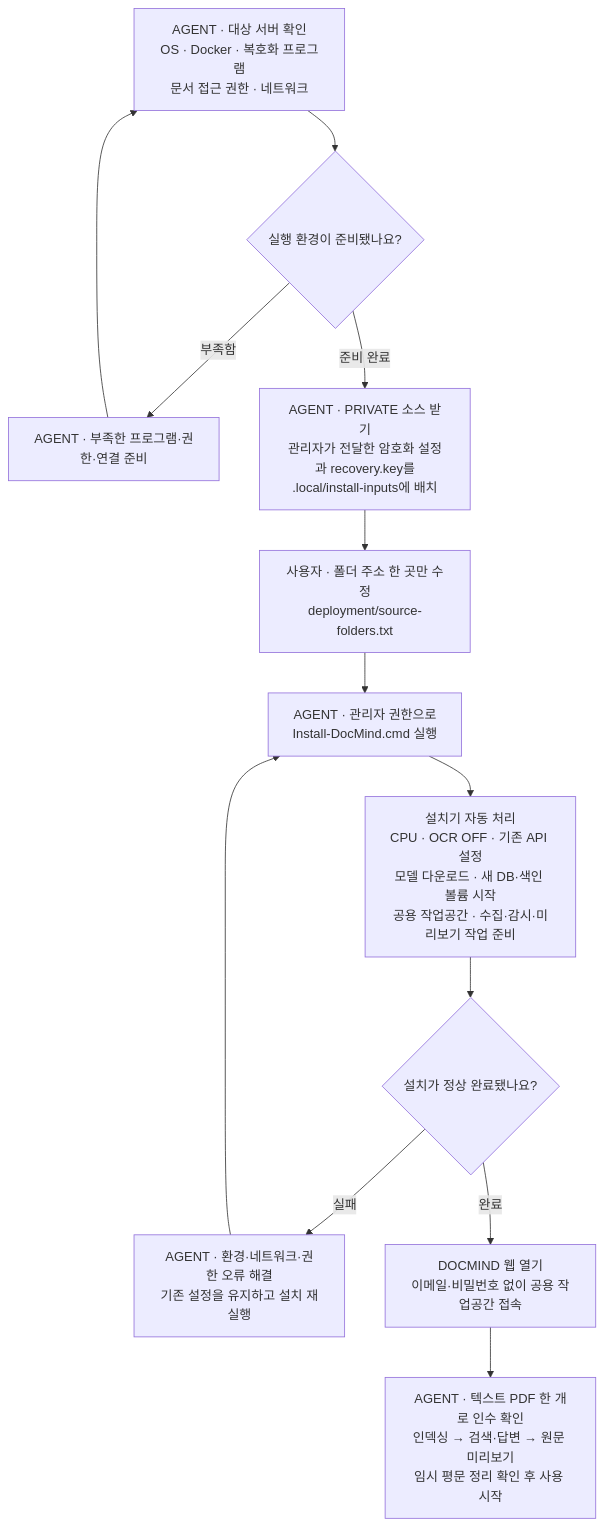
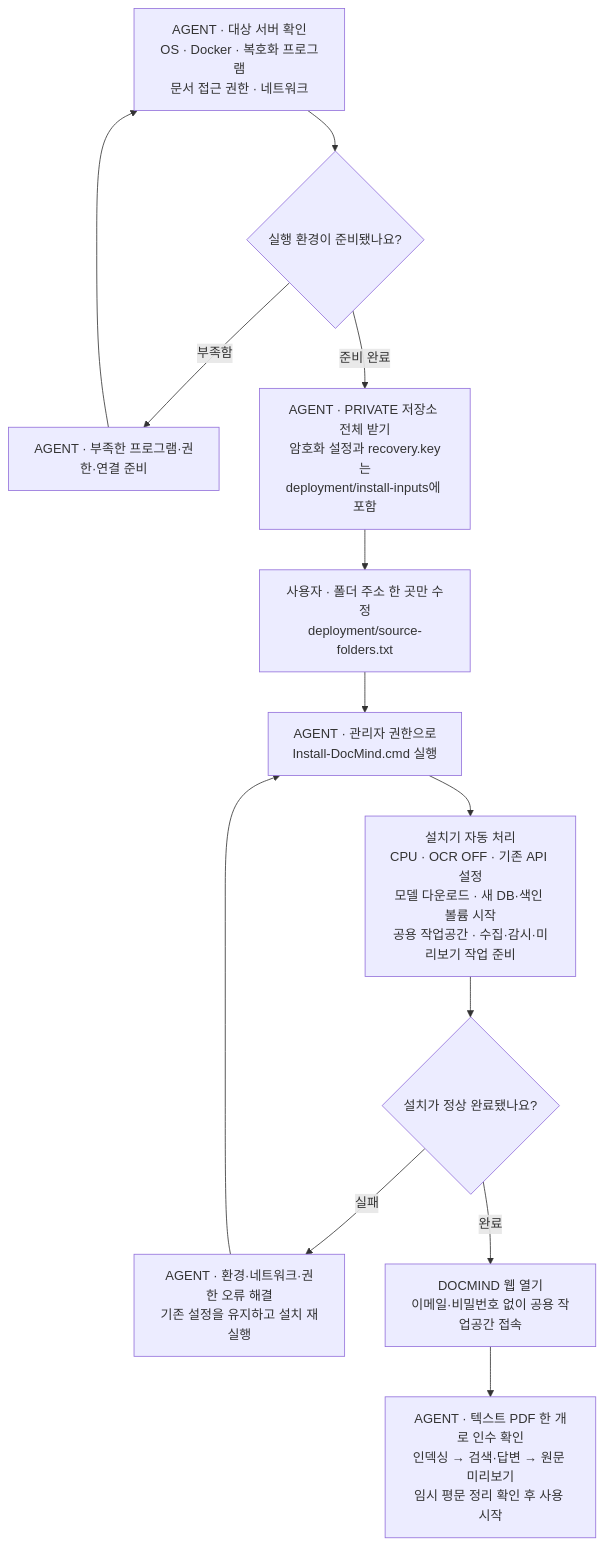
The third of 3 diagrams in README.md (Dongmin103/docmind-private), drawn with Mermaid before and after one commit. The commit also changed other lines of this file and 8 other files, not shown here.

Commit message:
Bundle authorized deployment settings and recovery key for private installation

````diff
--- a/README.md
+++ b/README.md
@@ -79,23 +79,23 @@
 ```mermaid
 flowchart TB
     check["AGENT · 대상 서버 확인<br/>OS · Docker · 복호화 프로그램<br/>문서 접근 권한 · 네트워크"]
     ready{"실행 환경이 준비됐나요?"}
     prepare["AGENT · 부족한 프로그램·권한·연결 준비"]
-    inputs["AGENT · PRIVATE 소스 받기<br/>관리자가 전달한 암호화 설정과 recovery.key를<br/>.local/install-inputs에 배치"]
+    inputs["AGENT · PRIVATE 저장소 전체 받기<br/>암호화 설정과 recovery.key는<br/>deployment/install-inputs에 포함"]
     folders["사용자 · 폴더 주소 한 곳만 수정<br/>deployment/source-folders.txt"]
     install["AGENT · 관리자 권한으로<br/>Install-DocMind.cmd 실행"]
     automatic["설치기 자동 처리<br/>CPU · OCR OFF · 기존 API 설정<br/>모델 다운로드 · 새 DB·색인 볼륨 시작<br/>공용 작업공간 · 수집·감시·미리보기 작업 준비"]
     success{"설치가 정상 완료됐나요?"}
     fix["AGENT · 환경·네트워크·권한 오류 해결<br/>기존 설정을 유지하고 설치 재실행"]
     open["DOCMIND 웹 열기<br/>이메일·비밀번호 없이 공용 작업공간 접속"]
     accept["AGENT · 텍스트 PDF 한 개로 인수 확인<br/>인덱싱 → 검색·답변 → 원문 미리보기<br/>임시 평문 정리 확인 후 사용 시작"]
 
     check --> ready
     ready -->|"부족함"| prepare
     prepare --> check
     ready -->|"준비 완료"| inputs
     inputs --> folders --> install --> automatic --> success
     success -->|"실패"| fix
     fix --> install
     success -->|"완료"| open --> accept
 ```
````
